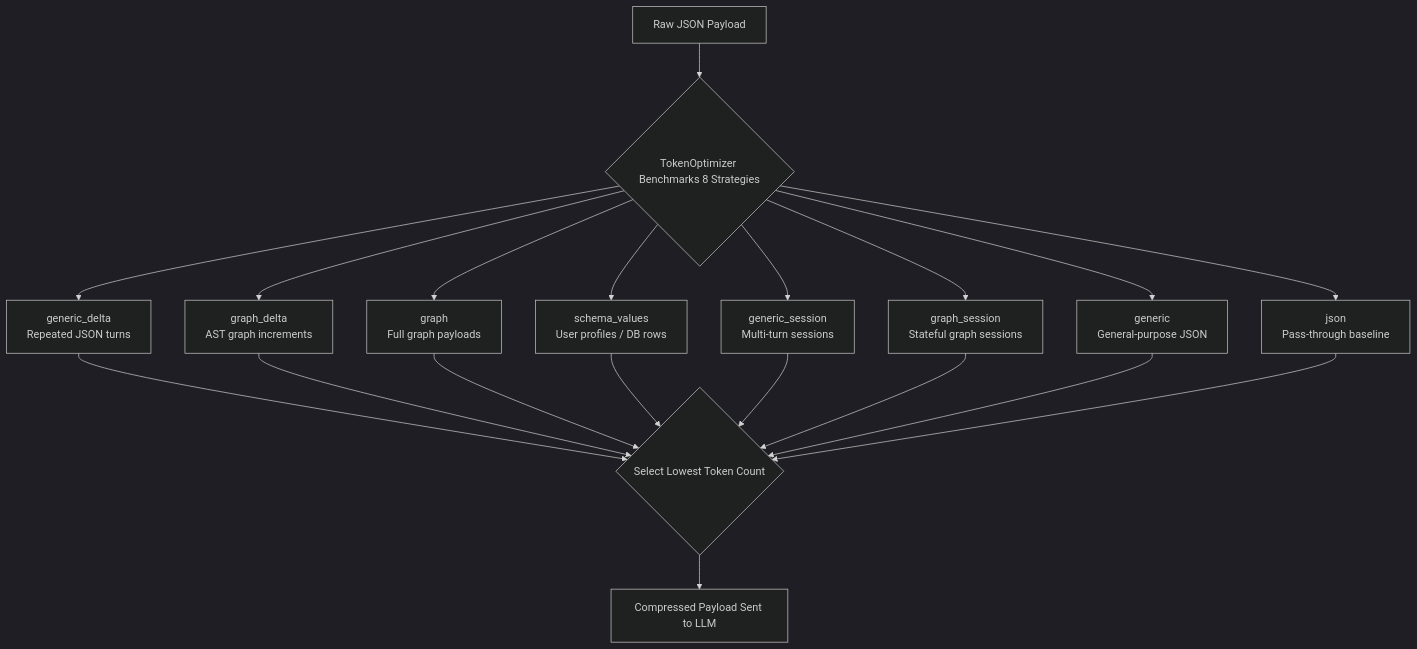
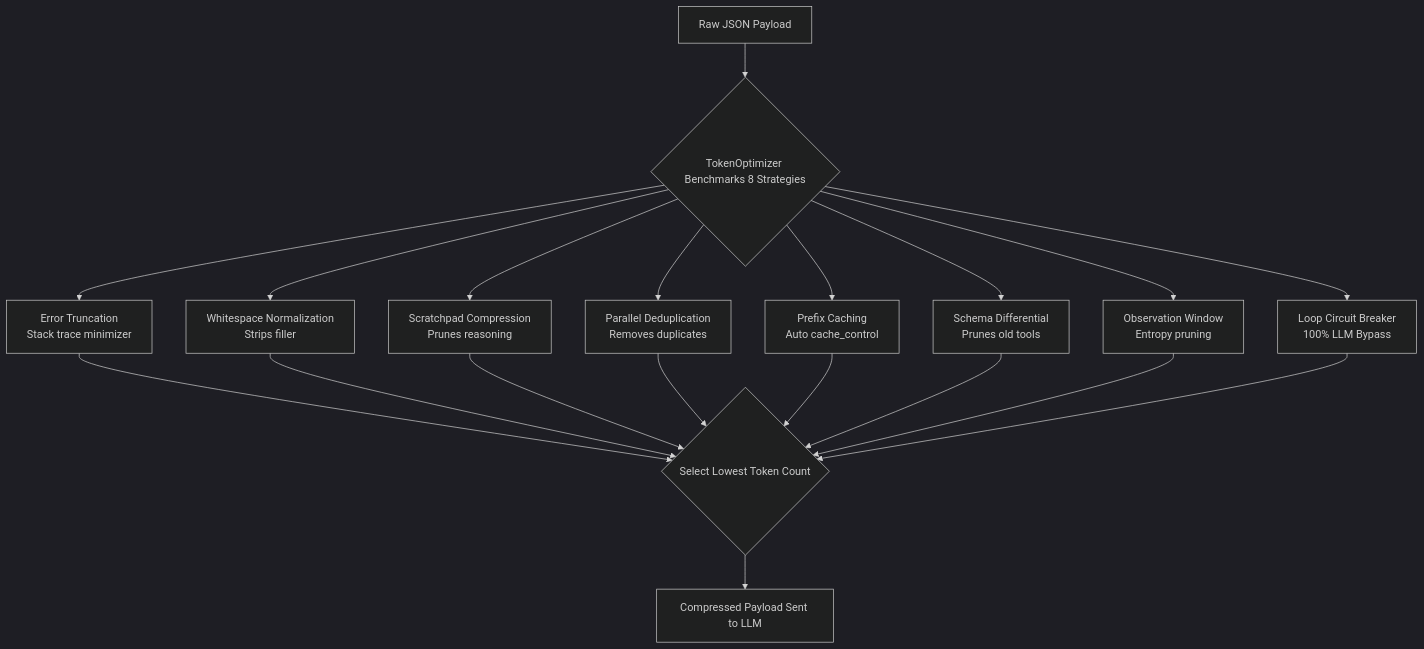
The first of 2 diagrams in docs/03-core-concepts.md (chaitanya-sharmaa/axon), drawn with Mermaid (dark theme) before and after one commit. The commit also changed other lines of this file and 2 other files, not shown here.

Commit message:
Fix false benchmark data in internal documentation

````diff
--- a/docs/03-core-concepts.md
+++ b/docs/03-core-concepts.md
@@ -13,24 +13,24 @@
 ```mermaid
 graph TD
     Input[Raw JSON Payload] --> Benchmark{TokenOptimizer Benchmarks 8 Strategies}
 
-    Benchmark --> S1[generic_delta<br/>Repeated JSON turns]
-    Benchmark --> S2[graph_delta<br/>AST graph increments]
-    Benchmark --> S3[graph<br/>Full graph payloads]
-    Benchmark --> S4[schema_values<br/>User profiles / DB rows]
-    Benchmark --> S5[generic_session<br/>Multi-turn sessions]
-    Benchmark --> S6[graph_session<br/>Stateful graph sessions]
-    Benchmark --> S7[generic<br/>General-purpose JSON]
-    Benchmark --> S8[json<br/>Pass-through baseline]
+    Benchmark --> S1[Error Truncation<br/>Stack trace minimizer]
+    Benchmark --> S2[Whitespace Normalization<br/>Strips filler]
+    Benchmark --> S3[Scratchpad Compression<br/>Prunes reasoning]
+    Benchmark --> S4[Parallel Deduplication<br/>Removes duplicates]
+    Benchmark --> S5[Prefix Caching<br/>Auto cache_control]
+    Benchmark --> S6[Schema Differential<br/>Prunes old tools]
+    Benchmark --> S7[Observation Window<br/>Entropy pruning]
+    Benchmark --> S8[Loop Circuit Breaker<br/>100% LLM Bypass]
 
     S1 --> Pick{Select Lowest Token Count}
     S2 --> Pick
     S3 --> Pick
     S4 --> Pick
     S5 --> Pick
     S6 --> Pick
     S7 --> Pick
     S8 --> Pick
 
     Pick --> Output[Compressed Payload Sent to LLM]
 ```
````
